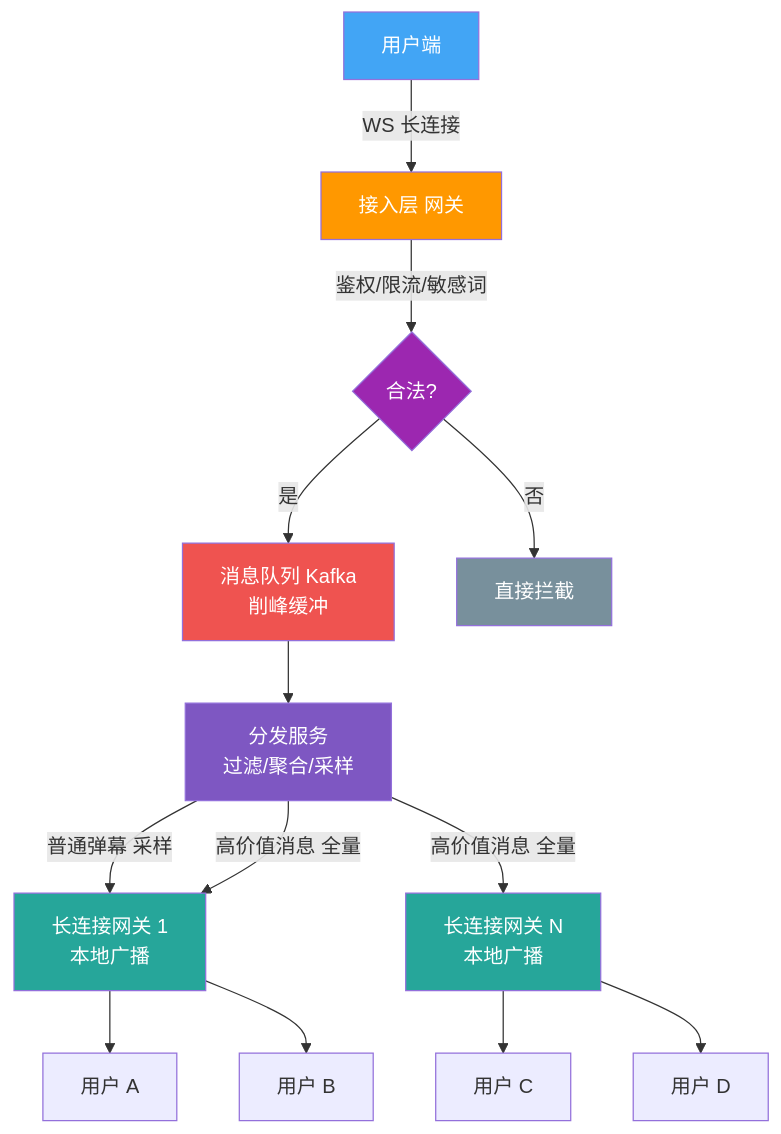
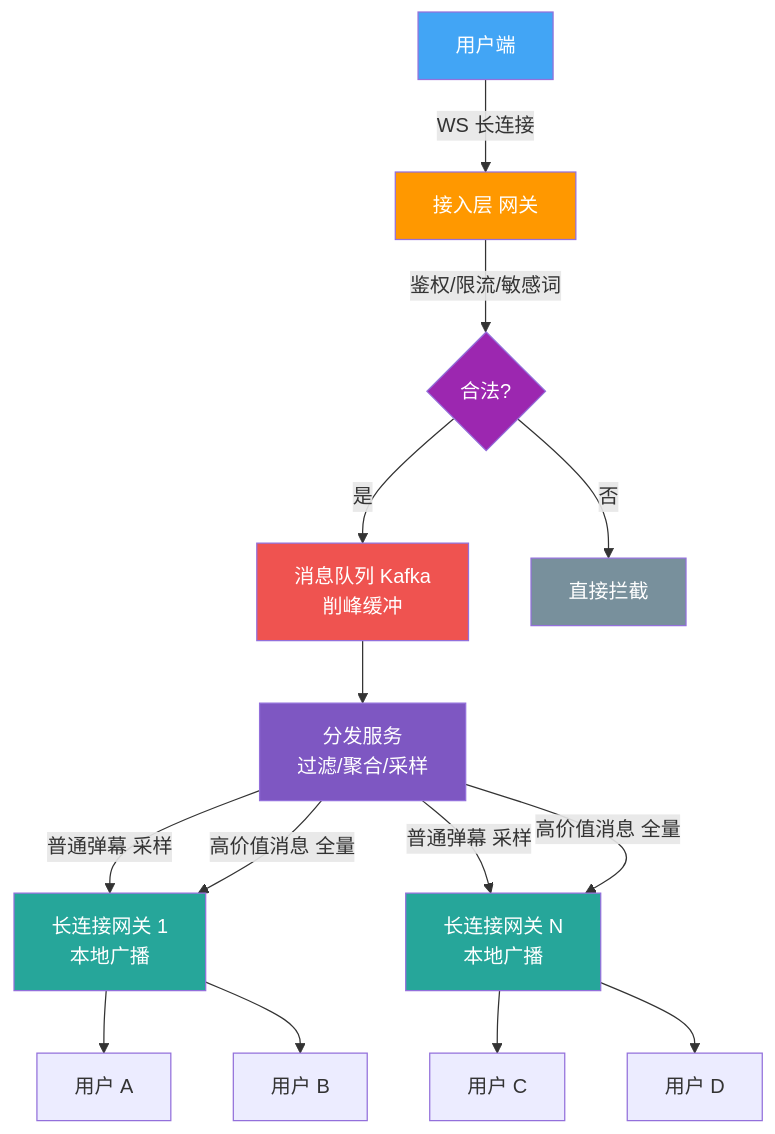
One commit to weng235/weng235.github.io changed the first of 5 diagrams in _posts/2026-06-30-十万级直播间弹幕系统设计.md. Above: the diagram before and after it, drawn with Mermaid. The commit also changed other lines of this file and 4 other files, not shown here.

````diff
--- a/_posts/2026-06-30-十万级直播间弹幕系统设计.md
+++ b/_posts/2026-06-30-十万级直播间弹幕系统设计.md
@@ -29,30 +29,30 @@
 ```mermaid
-%%{init: {'theme': 'dark', 'themeVariables': { 'fontSize': '14px', 'nodeBorder': '#666', 'lineColor': '#888', 'clusterBkg': 'transparent' }}%%
 graph TB
     Client[用户端] -->|WS 长连接| Gateway[接入层 网关]
 
     Gateway -->|鉴权/限流/敏感词| Filter{合法?}
 
     Filter -->|是| MQ[消息队列 Kafka<br/>削峰缓冲]
     Filter -->|否| Drop[直接拦截]
 
     MQ --> Dist[分发服务<br/>过滤/聚合/采样]
 
     Dist -->|普通弹幕 采样| WSG1[长连接网关 1<br/>本地广播]
+    Dist -->|普通弹幕 采样| WSG2[长连接网关 N<br/>本地广播]
     Dist -->|高价值消息 全量| WSG1
-    Dist -->|高价值消息 全量| WSG2[长连接网关 N<br/>本地广播]
+    Dist -->|高价值消息 全量| WSG2
 
     WSG1 --> U1[用户 A]
     WSG1 --> U2[用户 B]
     WSG2 --> U3[用户 C]
     WSG2 --> U4[用户 D]
 
     style Client fill:#42A5F5,color:#fff
     style Gateway fill:#FF9800,color:#fff
     style Filter fill:#9C27B0,color:#fff
     style MQ fill:#EF5350,color:#fff
     style Dist fill:#7E57C2,color:#fff
     style WSG1 fill:#26A69A,color:#fff
     style WSG2 fill:#26A69A,color:#fff
     style Drop fill:#78909C,color:#fff
 ```
````
